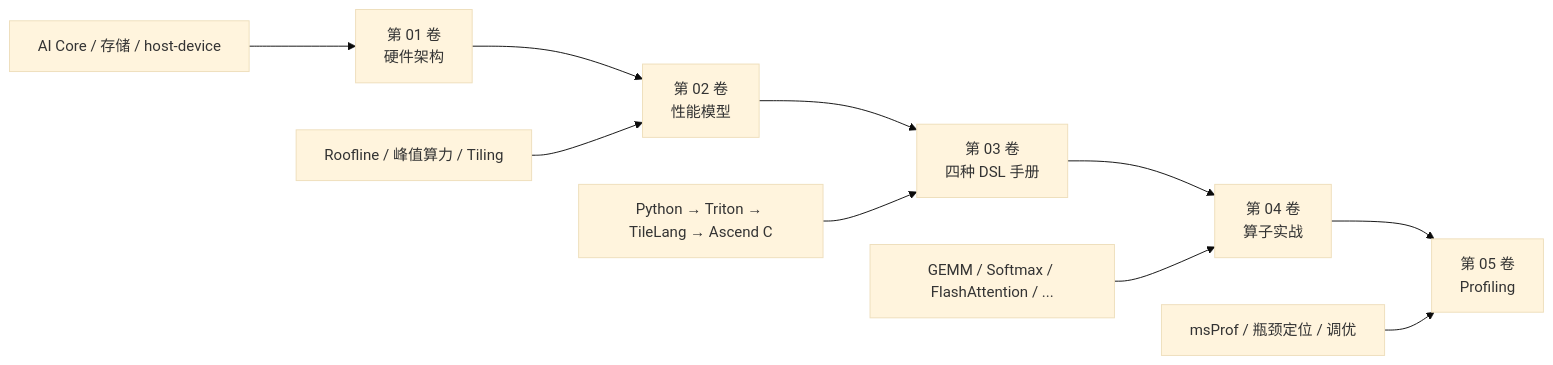
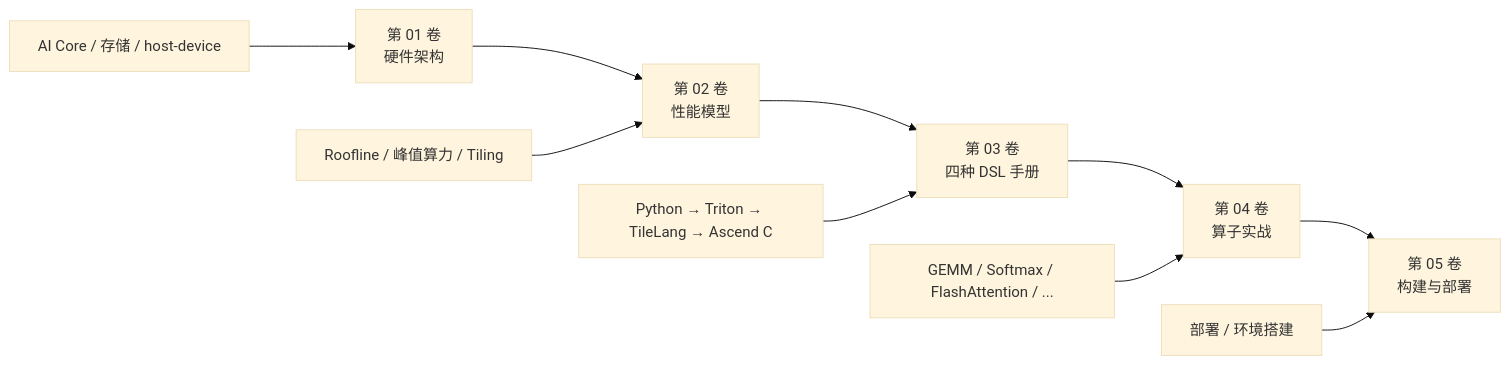
One commit to SuccinctPaul/Ascend-Notes changed the first of 2 diagrams in docs/pages/index.mdx. Above: the diagram before and after it, drawn with Mermaid (base theme). The commit also changed other lines of this file and 33 other files, not shown here.

````diff
--- a/docs/pages/index.mdx
+++ b/docs/pages/index.mdx
@@ -24,13 +24,13 @@
 ```mermaid
 flowchart LR
-    A["第 01 卷\n硬件架构"] --> B["第 02 卷\n性能模型"]
-    B --> C["第 03 卷\n四种 DSL 手册"]
-    C --> D["第 04 卷\n算子实战"]
-    D --> E["第 05 卷\nProfiling"]
+    A["第 01 卷<br/>硬件架构"] --> B["第 02 卷<br/>性能模型"]
+    B --> C["第 03 卷<br/>四种 DSL 手册"]
+    C --> D["第 04 卷<br/>算子实战"]
+    D --> E["第 05 卷<br/>构建与部署"]
     
     A1["AI Core / 存储 / host-device"] --> A
     B1["Roofline / 峰值算力 / Tiling"] --> B
     C1["Python → Triton → TileLang → Ascend C"] --> C
     D1["GEMM / Softmax / FlashAttention / ..."] --> D
-    E1["msProf / 瓶颈定位 / 调优"] --> E
+    E1["部署 / 环境搭建"] --> E
 ```
````
